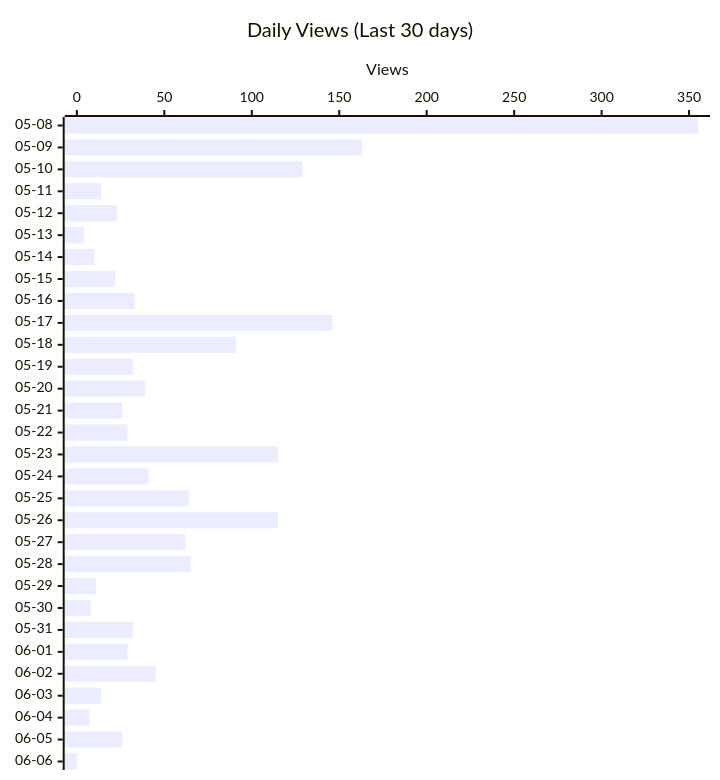
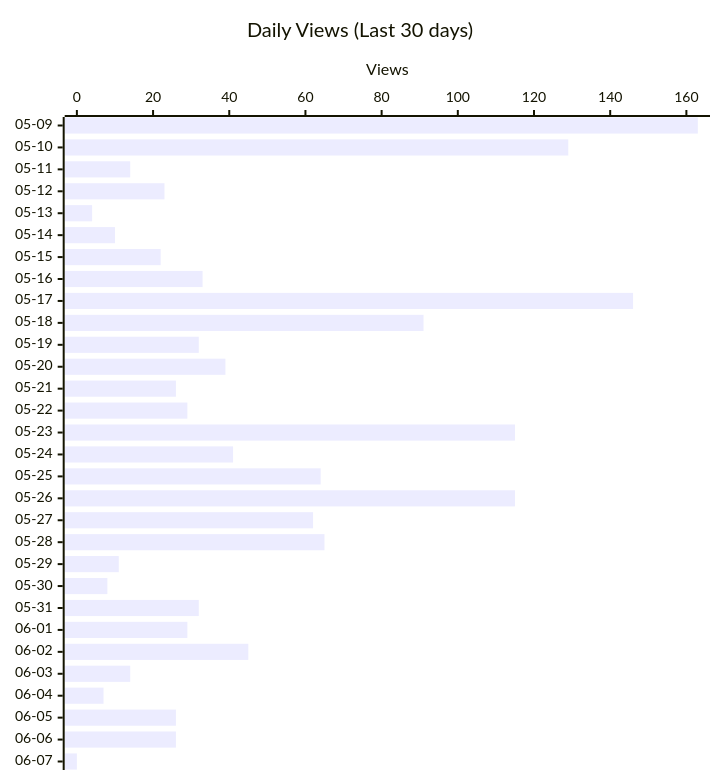
Before and after one commit to shigechika/github-insights: the second of 3 diagrams in README.md, drawn with Mermaid. The commit also changed other lines of this file and 2 other files, not shown here.

````diff
--- a/README.md
+++ b/README.md
@@ -28,12 +28,12 @@
 ```mermaid
 ---
 config:
   xyChart:
     height: 760
 ---
 xychart-beta horizontal
     title "Daily Views (Last 30 days)"
-    x-axis ["05-08", "05-09", "05-10", "05-11", "05-12", "05-13", "05-14", "05-15", "05-16", "05-17", "05-18", "05-19", "05-20", "05-21", "05-22", "05-23", "05-24", "05-25", "05-26", "05-27", "05-28", "05-29", "05-30", "05-31", "06-01", "06-02", "06-03", "06-04", "06-05", "06-06"]
+    x-axis ["05-09", "05-10", "05-11", "05-12", "05-13", "05-14", "05-15", "05-16", "05-17", "05-18", "05-19", "05-20", "05-21", "05-22", "05-23", "05-24", "05-25", "05-26", "05-27", "05-28", "05-29", "05-30", "05-31", "06-01", "06-02", "06-03", "06-04", "06-05", "06-06", "06-07"]
     y-axis "Views"
-    bar [355, 163, 129, 14, 23, 4, 10, 22, 33, 146, 91, 32, 39, 26, 29, 115, 41, 64, 115, 62, 65, 11, 8, 32, 29, 45, 14, 7, 26, 0]
+    bar [163, 129, 14, 23, 4, 10, 22, 33, 146, 91, 32, 39, 26, 29, 115, 41, 64, 115, 62, 65, 11, 8, 32, 29, 45, 14, 7, 26, 26, 0]
 ```
````
